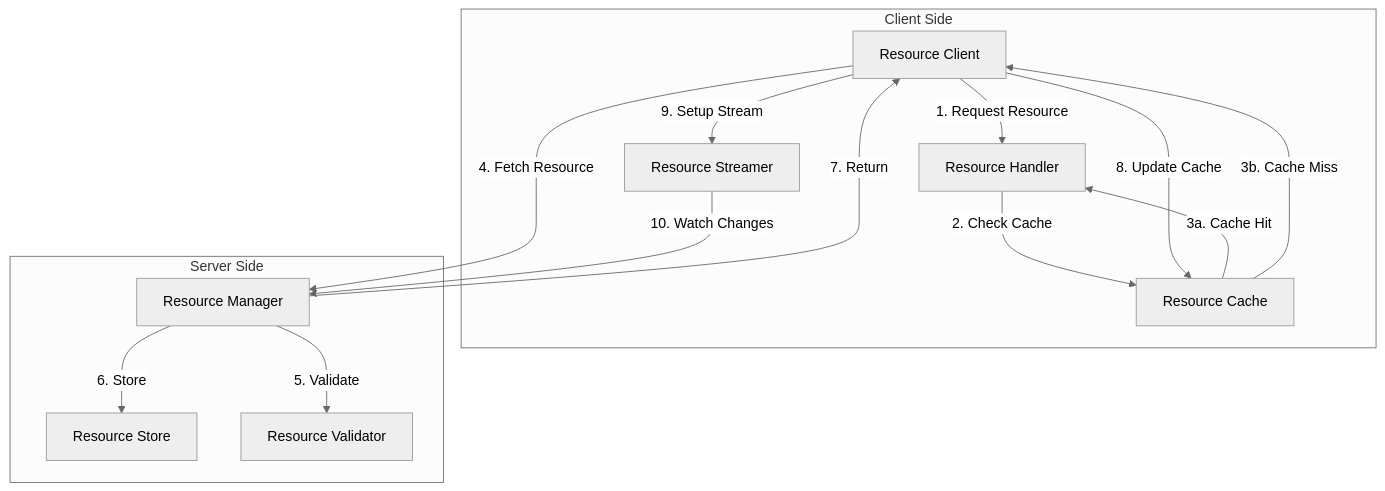
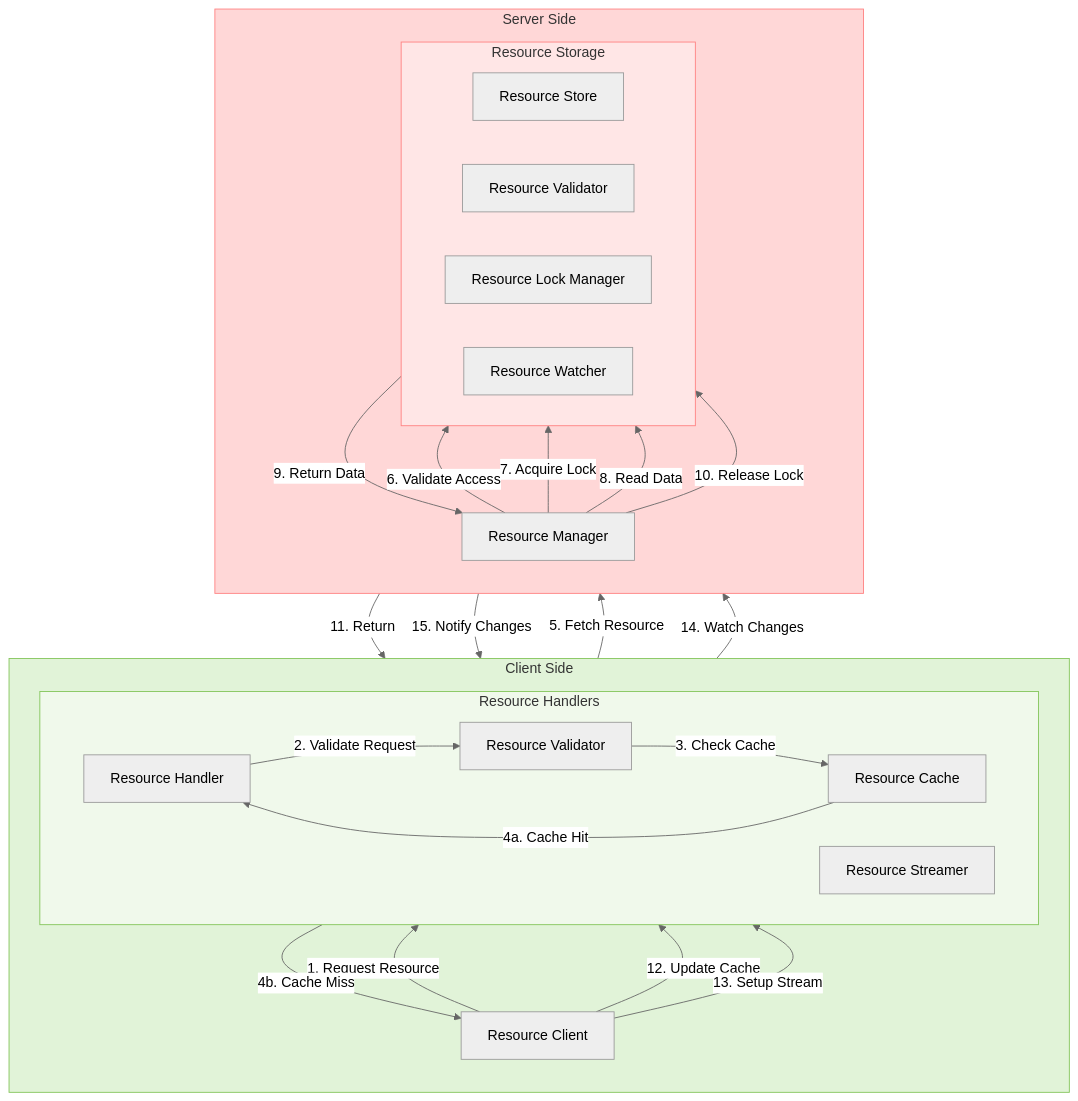
The first of 4 diagrams in .cursor/rules/diagrams/mcp-resource-tool-flow.mdc (sparesparrow/cursor-rules), drawn with Mermaid (neutral theme) before and after one commit. The commit also changed other lines of this file and 5 other files, not shown here.

````diff
--- a/.cursor/rules/diagrams/mcp-resource-tool-flow.mdc
+++ b/.cursor/rules/diagrams/mcp-resource-tool-flow.mdc
@@ -9,27 +9,51 @@
 ```mermaid
 flowchart TD
     subgraph Client ["Client Side"]
+        direction TB
         RC[Resource Client]
-        RH[Resource Handler]
-        Cache[Resource Cache]
-        Stream[Resource Streamer]
+        subgraph Handlers ["Resource Handlers"]
+            direction LR
+            RH[Resource Handler]
+            Cache[Resource Cache]
+            Stream[Resource Streamer]
+            Val[Resource Validator]
+        end
     end
 
     subgraph Server ["Server Side"]
+        direction TB
         RM[Resource Manager]
-        RS[Resource Store]
-        RV[Resource Validator]
+        subgraph Storage ["Resource Storage"]
+            direction LR
+            RS[Resource Store]
+            RV[Resource Validator]
+            RL[Resource Lock Manager]
+            RW[Resource Watcher]
+        end
     end
 
     RC -->|1. Request Resource| RH
-    RH -->|2. Check Cache| Cache
-    Cache -->|3a. Cache Hit| RH
-    Cache -->|3b. Cache Miss| RC
-    RC -->|4. Fetch Resource| RM
-    RM -->|5. Validate| RV
-    RM -->|6. Store| RS
-    RM -->|7. Return| RC
-    RC -->|8. Update Cache| Cache
-    RC -->|9. Setup Stream| Stream
-    Stream -->|10. Watch Changes| RM
+    RH -->|2. Validate Request| Val
+    Val -->|3. Check Cache| Cache
+    
+    Cache -->|4a. Cache Hit| RH
+    Cache -->|4b. Cache Miss| RC
+    
+    RC -->|5. Fetch Resource| RM
+    RM -->|6. Validate Access| RV
+    RM -->|7. Acquire Lock| RL
+    RM -->|8. Read Data| RS
+    RS -->|9. Return Data| RM
+    RM -->|10. Release Lock| RL
+    RM -->|11. Return| RC
+    
+    RC -->|12. Update Cache| Cache
+    RC -->|13. Setup Stream| Stream
+    Stream -->|14. Watch Changes| RW
+    RW -->|15. Notify Changes| Stream
+
+    style Client fill:#e1f3d8,stroke:#82c458
+    style Server fill:#ffd7d7,stroke:#ff8080
+    style Handlers fill:#f0f9eb,stroke:#82c458
+    style Storage fill:#ffe6e6,stroke:#ff8080
 ```
````
